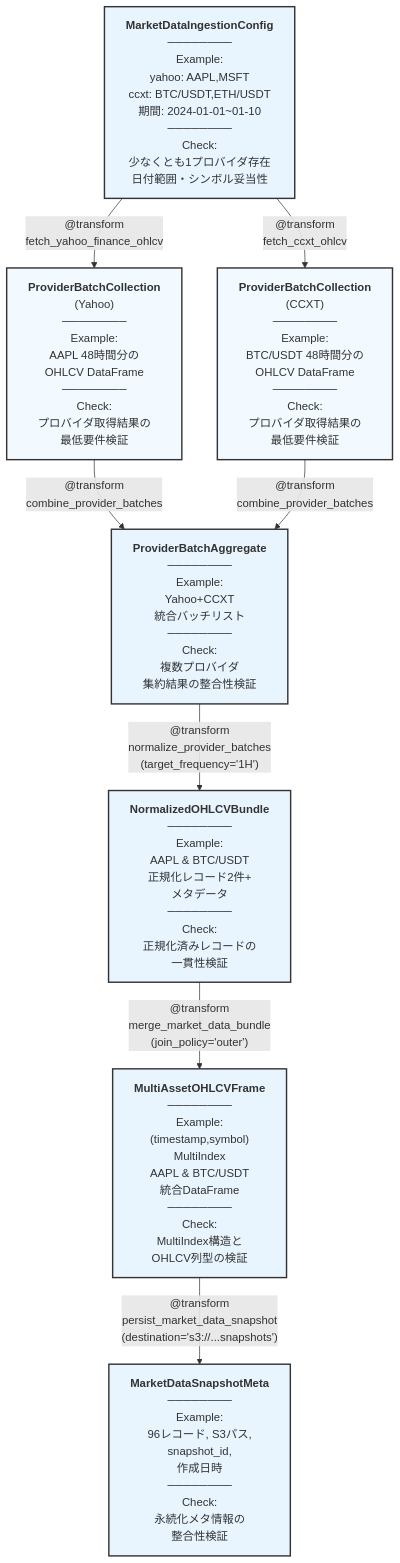
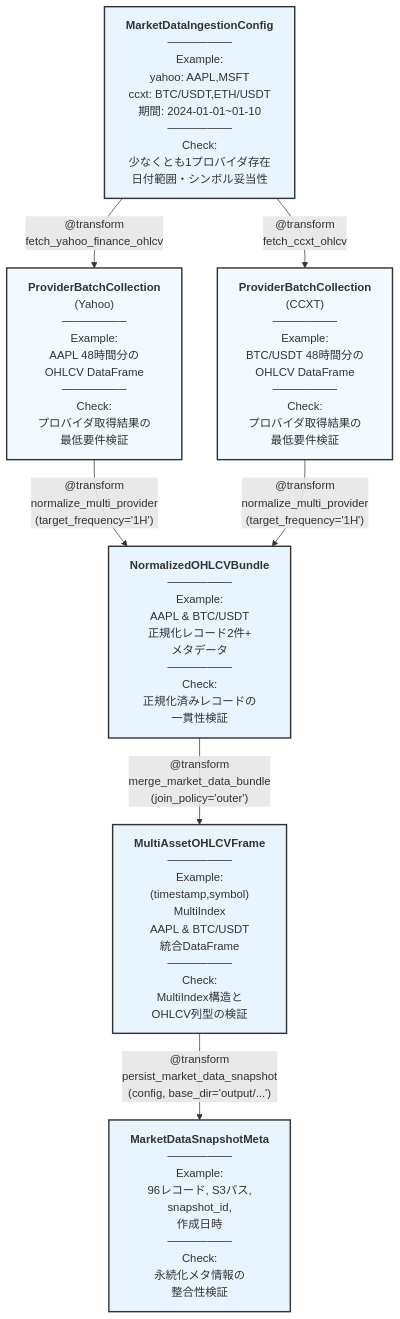
One commit to sablet/TransformFn changed the diagram in doc/transformfn_spec/algo-trade-market-data-ingestion-spec.md. Above: the diagram before and after it, drawn with Mermaid. The commit also changed other lines of this file and 4 other files, not shown here.

First line of the commit message:
feat: enhance simulation transforms with configurable methods and update market data spec

````diff
--- a/doc/transformfn_spec/algo-trade-market-data-ingestion-spec.md
+++ b/doc/transformfn_spec/algo-trade-market-data-ingestion-spec.md
@@ -9,32 +9,28 @@
 ```mermaid
 graph TD
     C0["<b>MarketDataIngestionConfig</b><br/>────────<br/>Example:<br/>yahoo: AAPL,MSFT<br/>ccxt: BTC/USDT,ETH/USDT<br/>期間: 2024-01-01~01-10<br/>────────<br/>Check:<br/>少なくとも1プロバイダ存在<br/>日付範囲・シンボル妥当性"]
 
     Y1["<b>ProviderBatchCollection</b><br/>(Yahoo)<br/>────────<br/>Example:<br/>AAPL 48時間分の<br/>OHLCV DataFrame<br/>────────<br/>Check:<br/>プロバイダ取得結果の<br/>最低要件検証"]
 
     X1["<b>ProviderBatchCollection</b><br/>(CCXT)<br/>────────<br/>Example:<br/>BTC/USDT 48時間分の<br/>OHLCV DataFrame<br/>────────<br/>Check:<br/>プロバイダ取得結果の<br/>最低要件検証"]
-
-    B1["<b>ProviderBatchAggregate</b><br/>────────<br/>Example:<br/>Yahoo+CCXT<br/>統合バッチリスト<br/>────────<br/>Check:<br/>複数プロバイダ<br/>集約結果の整合性検証"]
 
     D1["<b>NormalizedOHLCVBundle</b><br/>────────<br/>Example:<br/>AAPL & BTC/USDT<br/>正規化レコード2件+<br/>メタデータ<br/>────────<br/>Check:<br/>正規化済みレコードの<br/>一貫性検証"]
 
     D2["<b>MultiAssetOHLCVFrame</b><br/>────────<br/>Example:<br/>(timestamp,symbol)<br/>MultiIndex<br/>AAPL & BTC/USDT<br/>統合DataFrame<br/>────────<br/>Check:<br/>MultiIndex構造と<br/>OHLCV列型の検証"]
 
     D3["<b>MarketDataSnapshotMeta</b><br/>────────<br/>Example:<br/>96レコード, S3パス,<br/>snapshot_id,<br/>作成日時<br/>────────<br/>Check:<br/>永続化メタ情報の<br/>整合性検証"]
 
     C0 -->|"@transform<br/>fetch_yahoo_finance_ohlcv"| Y1
     C0 -->|"@transform<br/>fetch_ccxt_ohlcv"| X1
-    Y1 -->|"@transform<br/>combine_provider_batches"| B1
-    X1 -->|"@transform<br/>combine_provider_batches"| B1
-    B1 -->|"@transform<br/>normalize_provider_batches<br/>(target_frequency='1H')"| D1
+    Y1 -->|"@transform<br/>normalize_multi_provider<br/>(target_frequency='1H')"| D1
+    X1 -->|"@transform<br/>normalize_multi_provider<br/>(target_frequency='1H')"| D1
     D1 -->|"@transform<br/>merge_market_data_bundle<br/>(join_policy='outer')"| D2
-    D2 -->|"@transform<br/>persist_market_data_snapshot<br/>(destination='s3://...snapshots')"| D3
+    D2 -->|"@transform<br/>persist_market_data_snapshot<br/>(config, base_dir='output/...')"| D3
 
     style C0 fill:#e8f5ff,stroke:#333,stroke-width:2px
     style Y1 fill:#f2faff,stroke:#333,stroke-width:2px
     style X1 fill:#f2faff,stroke:#333,stroke-width:2px
-    style B1 fill:#e8f5ff,stroke:#333,stroke-width:2px
     style D1 fill:#e8f5ff,stroke:#333,stroke-width:2px
     style D2 fill:#e8f5ff,stroke:#333,stroke-width:2px
     style D3 fill:#e8f5ff,stroke:#333,stroke-width:2px
 ```
````
